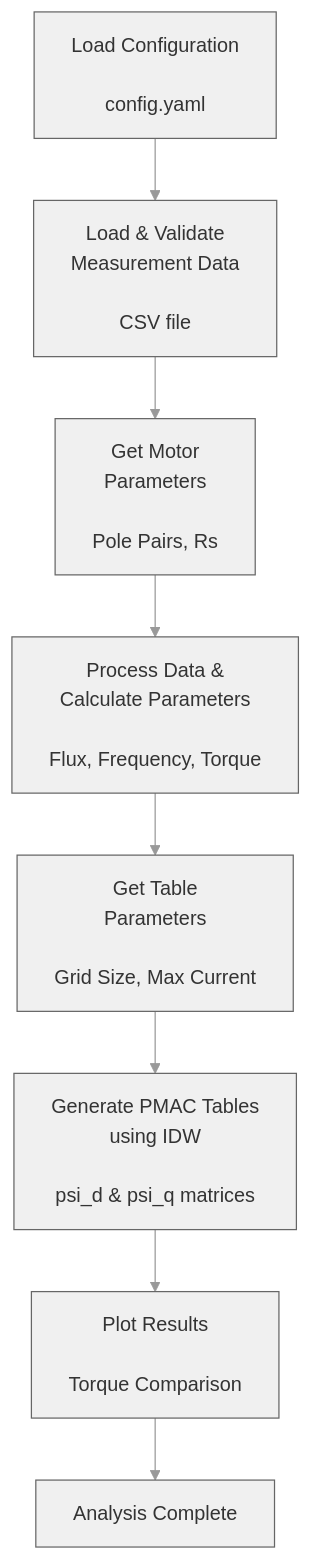
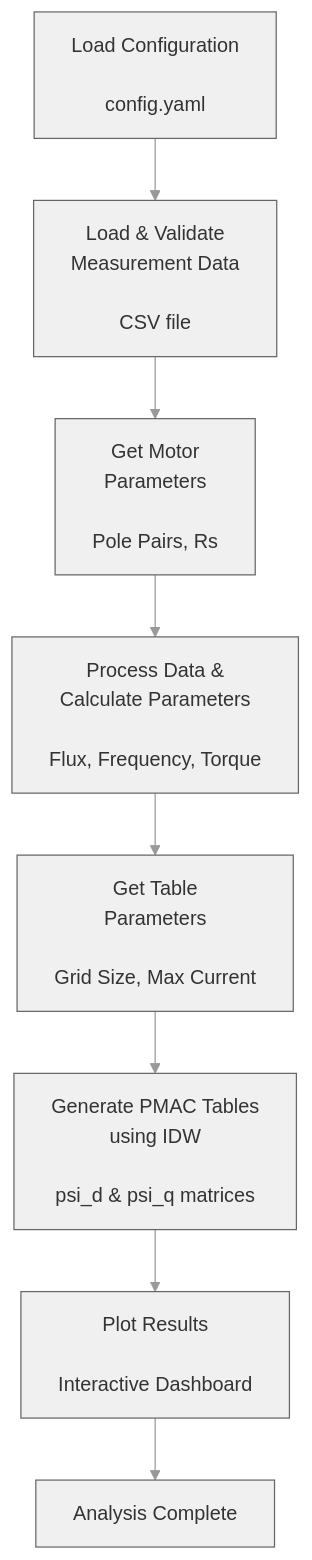
The first of 3 diagrams in docs/README.md (seanbf/tableGen), drawn with Mermaid before and after one commit. The commit also changed other lines of this file and 18 other files, not shown here.

````diff
--- a/docs/README.md
+++ b/docs/README.md
@@ -11,11 +11,11 @@
 ```mermaid
 %%{init: {'theme':'base', 'themeVariables': { 'primaryColor':'#f0f0f0', 'primaryTextColor':'#333', 'primaryBorderColor':'#666', 'lineColor':'#999', 'secondBkgColor':'#e8e8e8', 'tertiaryColor':'#fff'}}}%%
 graph TD
     A["Load Configuration<br/><br/>config.yaml"] --> B["Load & Validate<br/>Measurement Data<br/><br/>CSV file"]
     B --> C["Get Motor<br/>Parameters<br/><br/>Pole Pairs, Rs"]
     C --> D["Process Data &<br/>Calculate Parameters<br/><br/>Flux, Frequency, Torque"]
     D --> E["Get Table<br/>Parameters<br/><br/>Grid Size, Max Current"]
     E --> F["Generate PMAC Tables<br/>using IDW<br/><br/>psi_d & psi_q matrices"]
-    F --> G["Plot Results<br/><br/>Torque Comparison"]
+    F --> G["Plot Results<br/><br/>Interactive Dashboard"]
     G --> H["Analysis Complete"]
 ```
````
